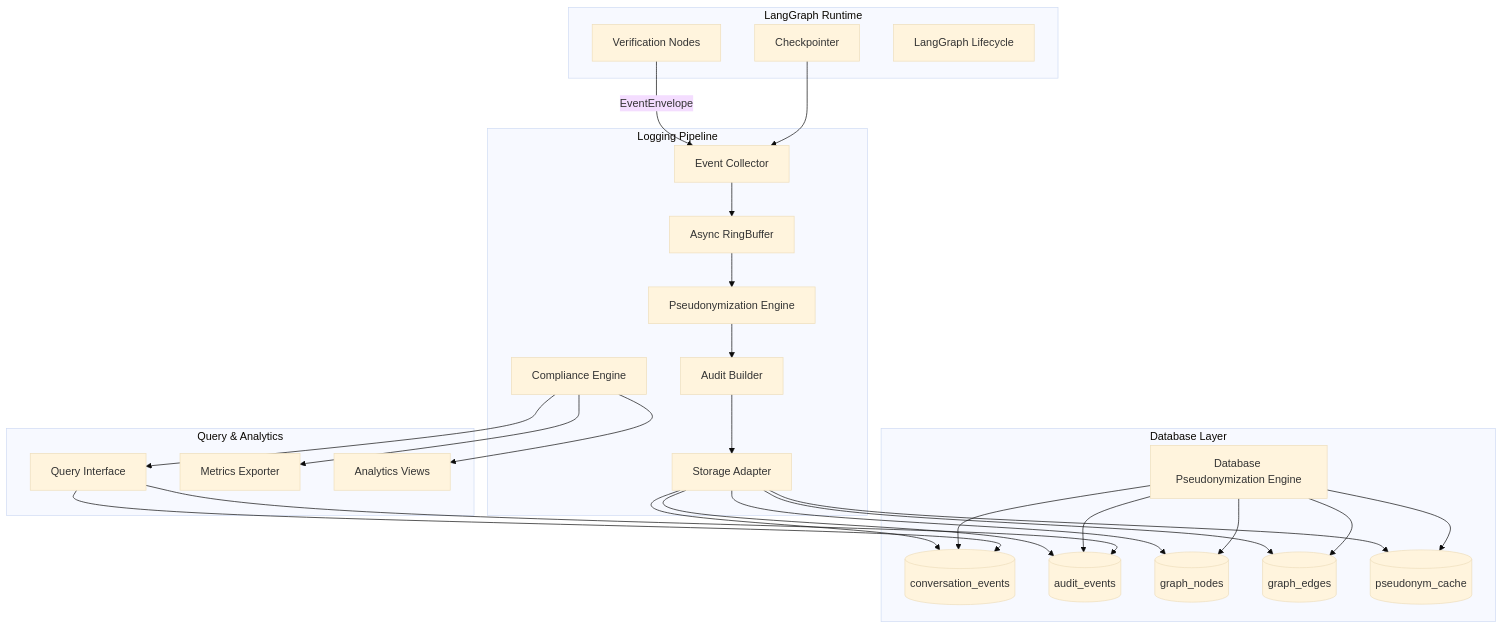
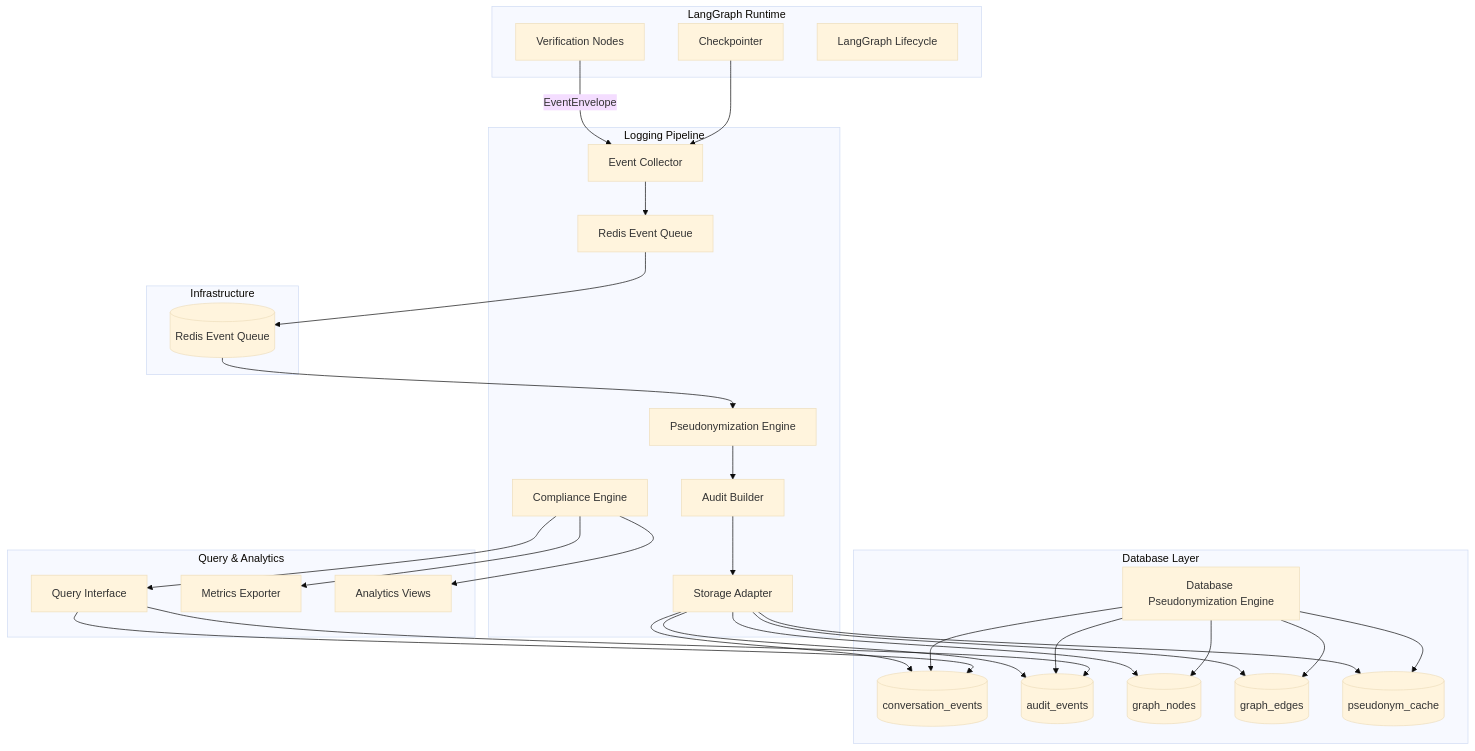
Before and after one commit to ElCuboNegro/technical-test-Fuse: the diagram in .kiro/specs/conversation-logging-pseudonymization/design.md, drawn with Mermaid (base theme). The commit also changed other lines of this file and 2 other files, not shown here.

Commit message:
memoryCache -> Redis

````diff
--- a/.kiro/specs/conversation-logging-pseudonymization/design.md
+++ b/.kiro/specs/conversation-logging-pseudonymization/design.md
@@ -28,43 +28,48 @@
 ```mermaid
 graph TB
     subgraph LangGraph Runtime
         A1[Verification Nodes]
         A2[Checkpointer]
         A3[LangGraph Lifecycle]
     end
 
     subgraph Logging Pipeline
         B1[Event Collector]
-        B2[Async RingBuffer]
+        B2[Redis Event Queue]
         B3[Pseudonymization Engine]
         B4[Audit Builder]
         B5[Storage Adapter]
         B6[Compliance Engine]
     end
 
     subgraph Database Layer
         C1[(conversation_events)]
         C2[(audit_events)]
         C3[(graph_nodes)]
         C4[(graph_edges)]
         C5[(pseudonym_cache)]
         C6[Database Pseudonymization Engine]
     end
 
+    subgraph Infrastructure
+        R1[(Redis Event Queue)]
+    end
+
     subgraph Query & Analytics
         D1[Query Interface]
         D2[Metrics Exporter]
         D3[Analytics Views]
     end
 
     A1 -->|EventEnvelope| B1
     A2 --> B1
     B1 --> B2
-    B2 --> B3
+    B2 --> R1
+    R1 --> B3
     B3 --> B4
     B4 --> B5
     B5 --> C1 & C2 & C3 & C4 & C5
     C6 --> C1 & C2 & C3 & C4 & C5
     B6 --> D1 & D2 & D3
     D1 --> C1 & C2
 ```
````
